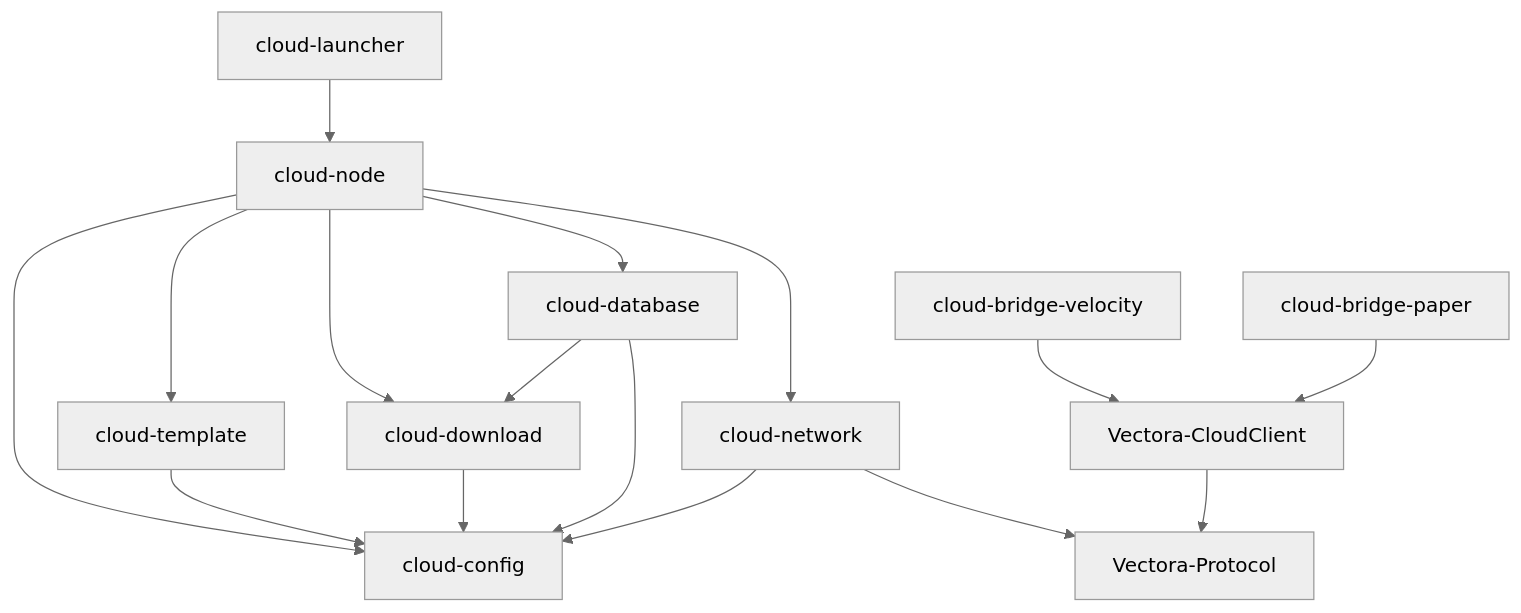
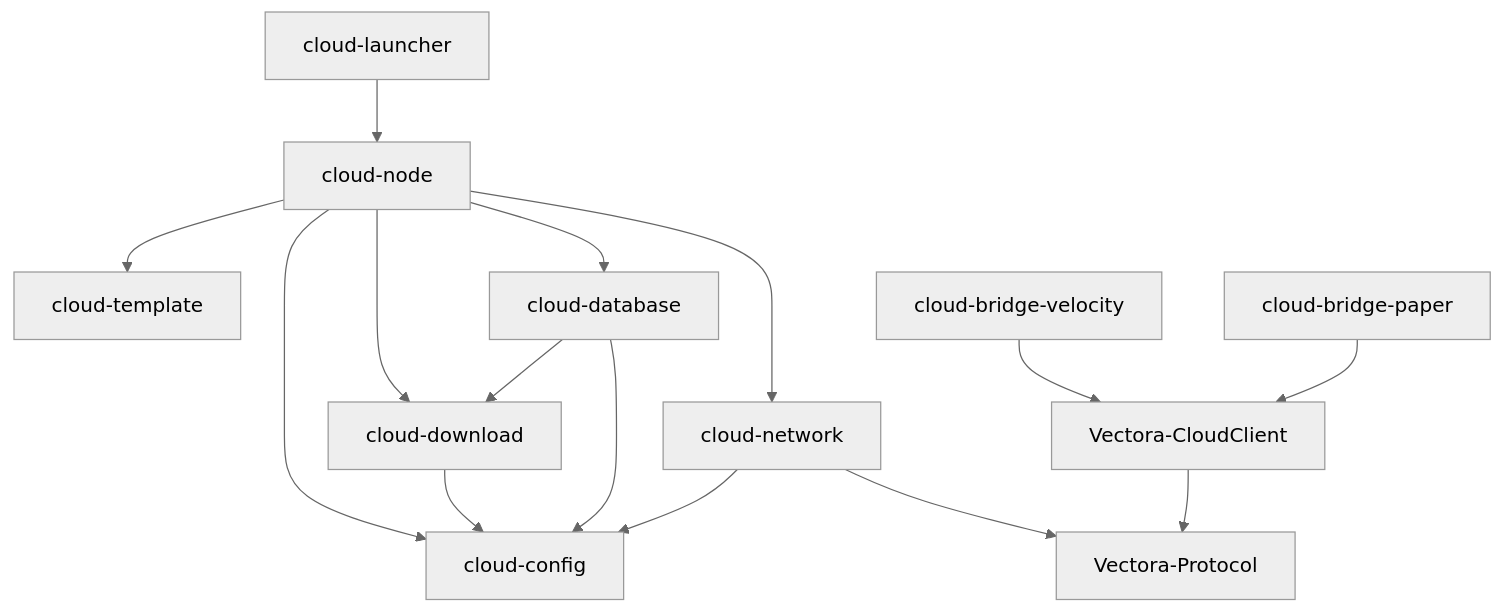
The diagram in docs/cloud/architecture.md (VectoDE/VectolynCloud), drawn with Mermaid (neutral theme) before and after one commit. The commit also changed 37 other files, not shown here.

````diff
--- a/docs/cloud/architecture.md
+++ b/docs/cloud/architecture.md
@@ -31,18 +31,17 @@
 ```mermaid
 graph TD
     launcher[cloud-launcher] --> node[cloud-node]
     node --> config[cloud-config]
     node --> template[cloud-template]
     node --> download[cloud-download]
     node --> network[cloud-network]
     node --> database[cloud-database]
-    template --> config
     download --> config
     database --> config
     database --> download
     network --> config
     network --> protocol[Vectora-Protocol]
     client[Vectora-CloudClient] --> protocol
     bvel[cloud-bridge-velocity] --> client
     bpap[cloud-bridge-paper] --> client
 ```
````
